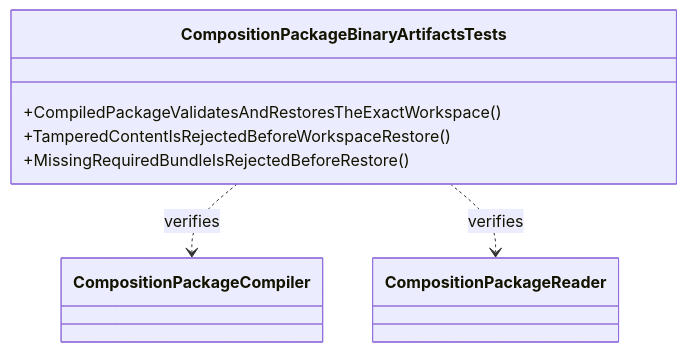
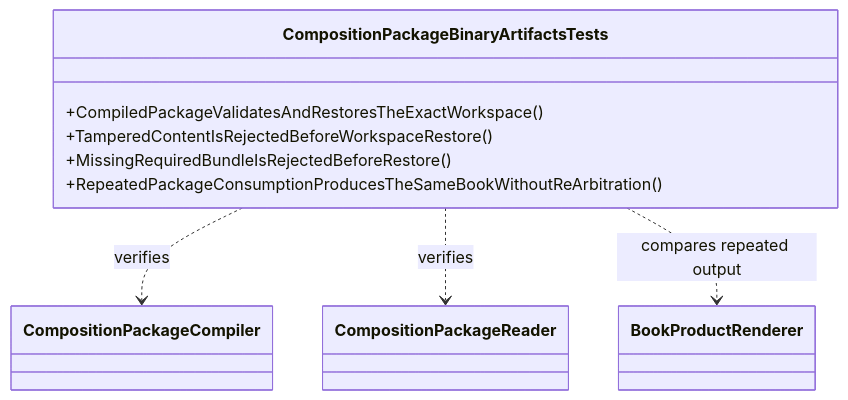
Before and after one commit to TrentBest/StoryBuilder: the diagram in docs/UML/CompositionPackageBinaryArtifactsTestsUML.md, drawn with Mermaid. The commit also changed other lines of this file and 16 other files, not shown here.

````diff
--- a/docs/UML/CompositionPackageBinaryArtifactsTestsUML.md
+++ b/docs/UML/CompositionPackageBinaryArtifactsTestsUML.md
@@ -3,10 +3,12 @@
 ```mermaid
 classDiagram
     class CompositionPackageBinaryArtifactsTests {
         +CompiledPackageValidatesAndRestoresTheExactWorkspace()
         +TamperedContentIsRejectedBeforeWorkspaceRestore()
         +MissingRequiredBundleIsRejectedBeforeRestore()
+        +RepeatedPackageConsumptionProducesTheSameBookWithoutReArbitration()
     }
     CompositionPackageBinaryArtifactsTests ..> CompositionPackageCompiler : verifies
     CompositionPackageBinaryArtifactsTests ..> CompositionPackageReader : verifies
+    CompositionPackageBinaryArtifactsTests ..> BookProductRenderer : compares repeated output
 ```
````
